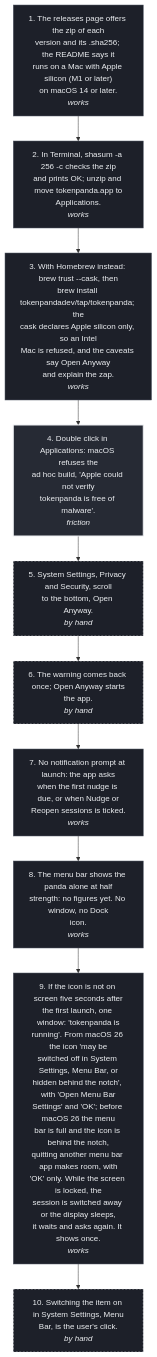
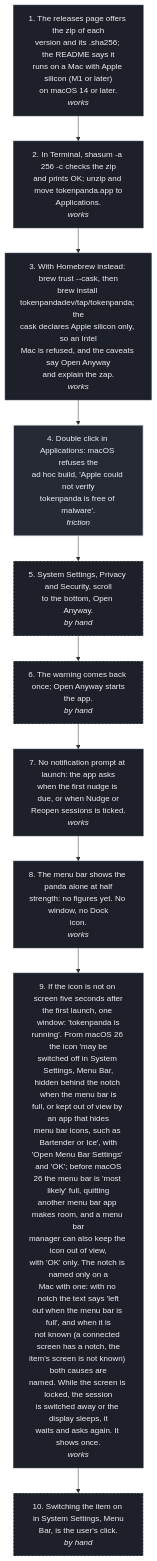
Before and after one commit to tokenpandadev/tokenpanda-app: the diagram in design/wireframes/flows/01-download-and-first-open.mmd, drawn with Mermaid. The commit also changed 45 other files, not shown here.

```diff
--- a/design/wireframes/flows/01-download-and-first-open.mmd
+++ b/design/wireframes/flows/01-download-and-first-open.mmd
@@ -1,24 +1,24 @@
 flowchart TD
   classDef works fill:#1d2029,stroke:#555b68,color:#eceef1;
   classDef friction fill:#262a34,stroke:#eceef1,stroke-width:2px,color:#eceef1;
   classDef broken fill:#1d2029,stroke:#d77757,stroke-width:2px,color:#d77757;
   classDef byhand fill:#1d2029,stroke:#eceef1,stroke-width:1px,stroke-dasharray:4 3,color:#eceef1;
   S1["1. The releases page offers the zip of each<br/>version and its .sha256; the README says it<br/>runs on a Mac with Apple silicon (M1 or later)<br/>on macOS 14 or later.<br/><i>works</i>"]:::works
   S2["2. In Terminal, shasum -a 256 -c checks the zip<br/>and prints OK; unzip and move tokenpanda.app to<br/>Applications.<br/><i>works</i>"]:::works
   S3["3. With Homebrew instead: brew trust --cask, then<br/>brew install tokenpandadev/tap/tokenpanda; the<br/>cask declares Apple silicon only, so an Intel<br/>Mac is refused, and the caveats say Open Anyway<br/>and explain the zap.<br/><i>works</i>"]:::works
   S4["4. Double click in Applications: macOS refuses the<br/>ad hoc build, 'Apple could not verify<br/>tokenpanda is free of malware'.<br/><i>friction</i>"]:::friction
   S5["5. System Settings, Privacy and Security, scroll<br/>to the bottom, Open Anyway.<br/><i>by hand</i>"]:::byhand
   S6["6. The warning comes back once; Open Anyway starts<br/>the app.<br/><i>by hand</i>"]:::byhand
   S7["7. No notification prompt at launch: the app asks<br/>when the first nudge is due, or when Nudge or<br/>Reopen sessions is ticked.<br/><i>works</i>"]:::works
   S8["8. The menu bar shows the panda alone at half<br/>strength: no figures yet. No window, no Dock<br/>icon.<br/><i>works</i>"]:::works
-  S9["9. If the icon is not on screen five seconds after<br/>the first launch, one window: 'tokenpanda is<br/>running'. From macOS 26 the icon 'may be<br/>switched off in System Settings, Menu Bar, or<br/>hidden behind the notch', with 'Open Menu Bar<br/>Settings' and 'OK'; before macOS 26 the menu<br/>bar is full and the icon is behind the notch,<br/>quitting another menu bar app makes room, with<br/>'OK' only. While the screen is locked, the<br/>session is switched away or the display sleeps,<br/>it waits and asks again. It shows once.<br/><i>works</i>"]:::works
+  S9["9. If the icon is not on screen five seconds after<br/>the first launch, one window: 'tokenpanda is<br/>running'. From macOS 26 the icon 'may be<br/>switched off in System Settings, Menu Bar,<br/>hidden behind the notch when the menu bar is<br/>full, or kept out of view by an app that hides<br/>menu bar icons, such as Bartender or Ice', with<br/>'Open Menu Bar Settings' and 'OK'; before macOS<br/>26 the menu bar is 'most likely' full, quitting<br/>another menu bar app makes room, and a menu bar<br/>manager can also keep the icon out of view,<br/>with 'OK' only. The notch is named only on a<br/>Mac with one: with no notch the text says 'left<br/>out when the menu bar is full', and when it is<br/>not known (a connected screen has a notch, the<br/>item's screen is not known) both causes are<br/>named. While the screen is locked, the session<br/>is switched away or the display sleeps, it<br/>waits and asks again. It shows once.<br/><i>works</i>"]:::works
   S10["10. Switching the item on in System Settings, Menu<br/>Bar, is the user's click.<br/><i>by hand</i>"]:::byhand
   S1 --> S2
   S2 --> S3
   S3 --> S4
   S4 --> S5
   S5 --> S6
   S6 --> S7
   S7 --> S8
   S8 --> S9
   S9 --> S10
```
